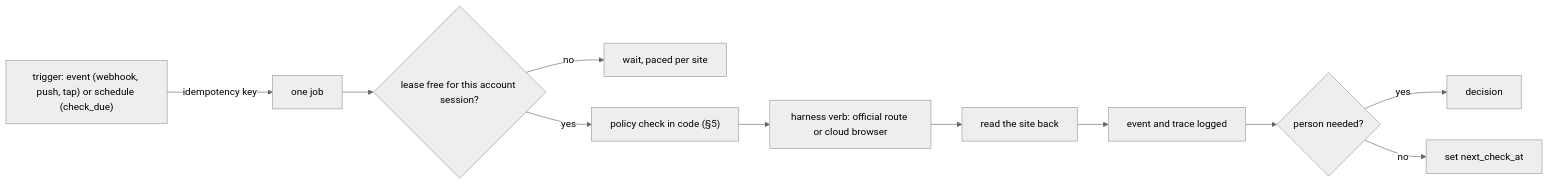
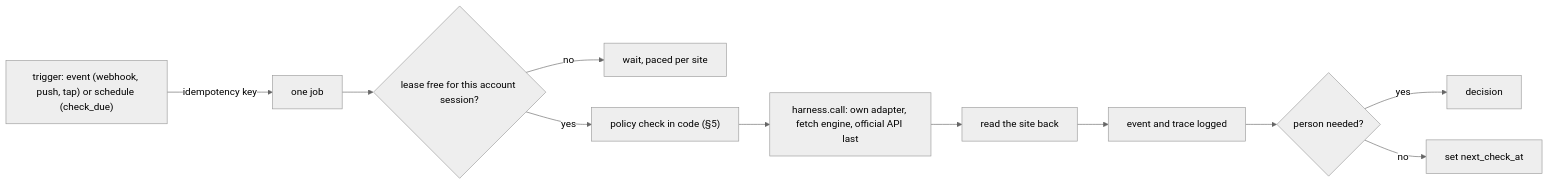
The first of 13 diagrams in spec/product.md (benverhaalen/secondhand), drawn with Mermaid (neutral theme) before and after one commit. The commit also changed other lines of this file and 11 other files, not shown here.

Commit message:
docs(spec): the canon takes our own protocol as the primary route, information engines, one parameter mechanism learning from the whole market, one job loop, and the settled Databricks facts

````diff
--- a/spec/product.md
+++ b/spec/product.md
@@ -441,13 +468,13 @@
 ```mermaid
 flowchart LR
   T["trigger: event (webhook, push, tap) or schedule (check_due)"] -->|"idempotency key"| J["one job"]
   J --> L{"lease free for this account session?"}
   L -->|"no"| W["wait, paced per site"]
   L -->|"yes"| P["policy check in code (§5)"]
-  P --> H["harness verb: official route or cloud browser"]
+  P --> H["harness.call: own adapter, fetch engine, official API last"]
   H --> R["read the site back"]
   R --> E["event and trace logged"]
   E --> D{"person needed?"}
   D -->|"yes"| Q["decision"]
   D -->|"no"| N["set next_check_at"]
 ```
````
